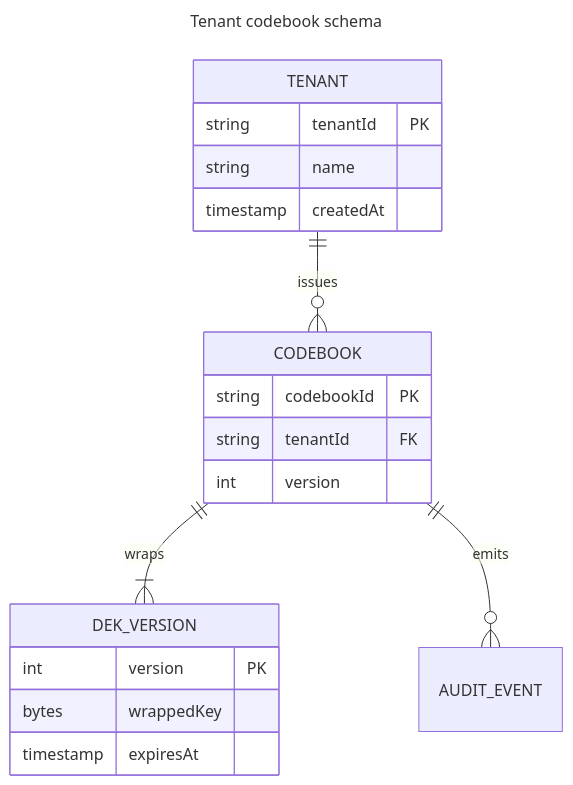
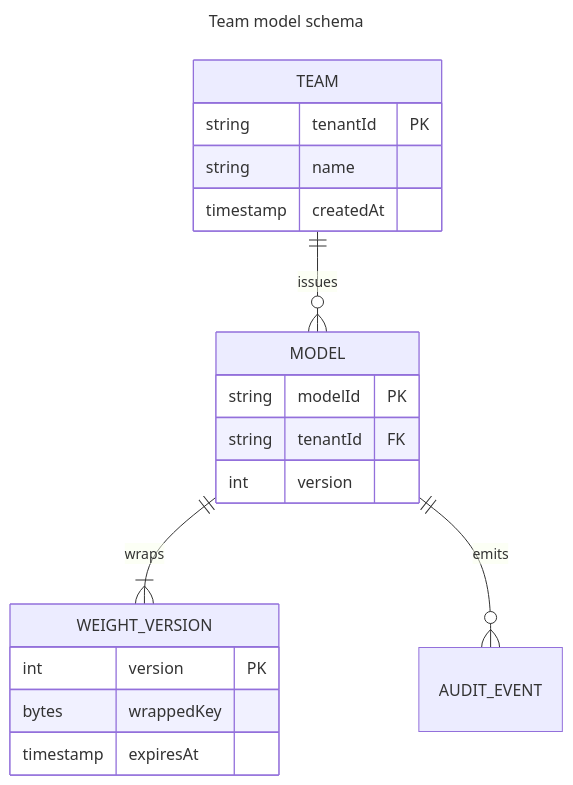
Before and after one commit to SlideWright/lattice: the fifth of 25 diagrams in lib/components/diagram/diagram/diagram.gallery.md, drawn with Mermaid. The commit also changed other lines of this file and 4 other files, not shown here.

First line of the commit message:
content: re-theme the diagram + baseline showcase decks off codebook

````diff
--- a/lib/components/diagram/diagram/diagram.gallery.md
+++ b/lib/components/diagram/diagram/diagram.gallery.md
@@ -166,24 +166,24 @@
 ```mermaid
 ---
-title: Tenant codebook schema
+title: Team model schema
 ---
 erDiagram
-  TENANT ||--o{ CODEBOOK : "issues"
-  CODEBOOK ||--|{ DEK_VERSION : "wraps"
-  CODEBOOK ||--o{ AUDIT_EVENT : "emits"
-  TENANT {
+  TEAM ||--o{ MODEL : "issues"
+  MODEL ||--|{ WEIGHT_VERSION : "wraps"
+  MODEL ||--o{ AUDIT_EVENT : "emits"
+  TEAM {
     string tenantId PK
     string name
     timestamp createdAt
   }
-  CODEBOOK {
-    string codebookId PK
+  MODEL {
+    string modelId PK
     string tenantId FK
     int version
   }
-  DEK_VERSION {
+  WEIGHT_VERSION {
     int version PK
     bytes wrappedKey
     timestamp expiresAt
   }
 ```
````
